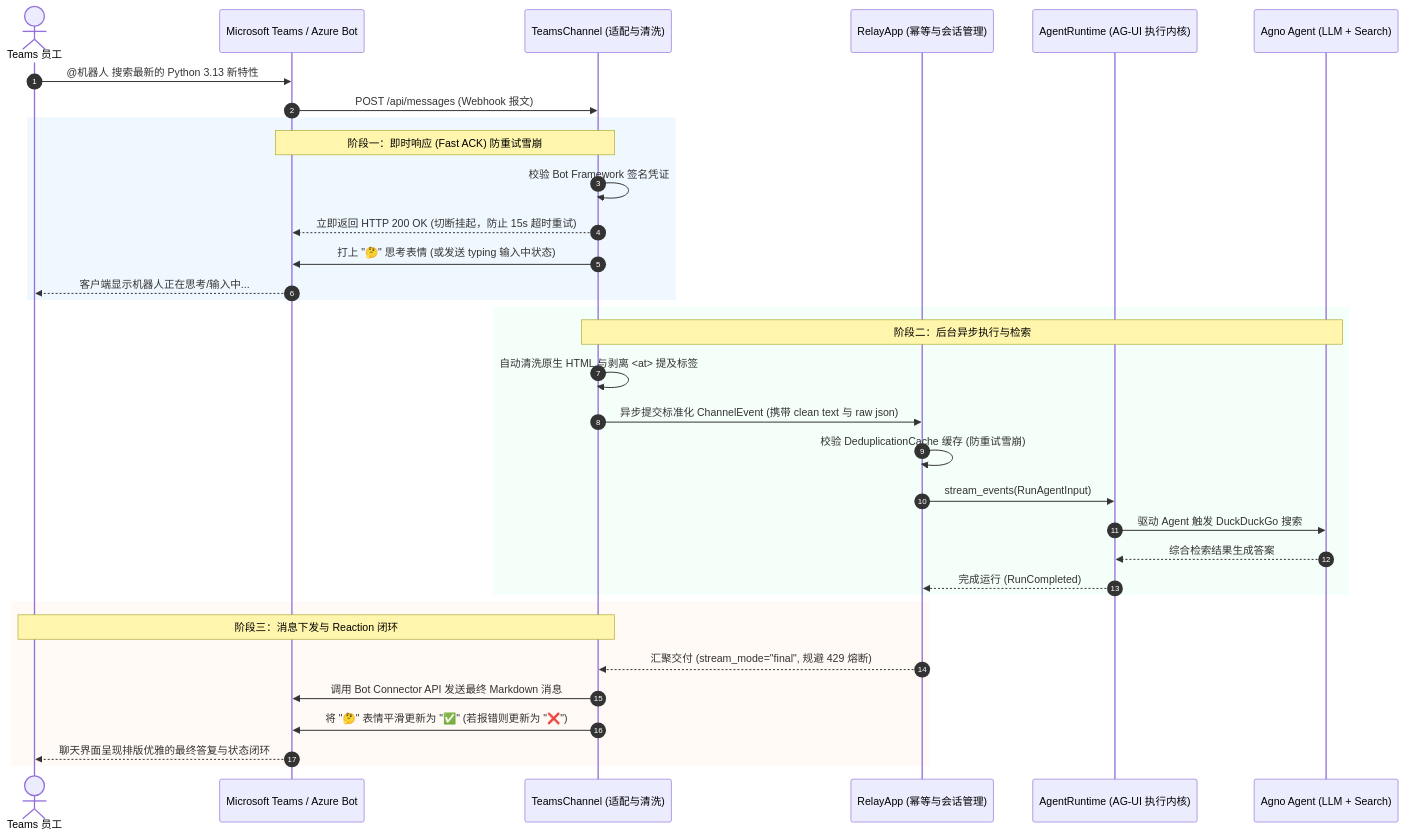
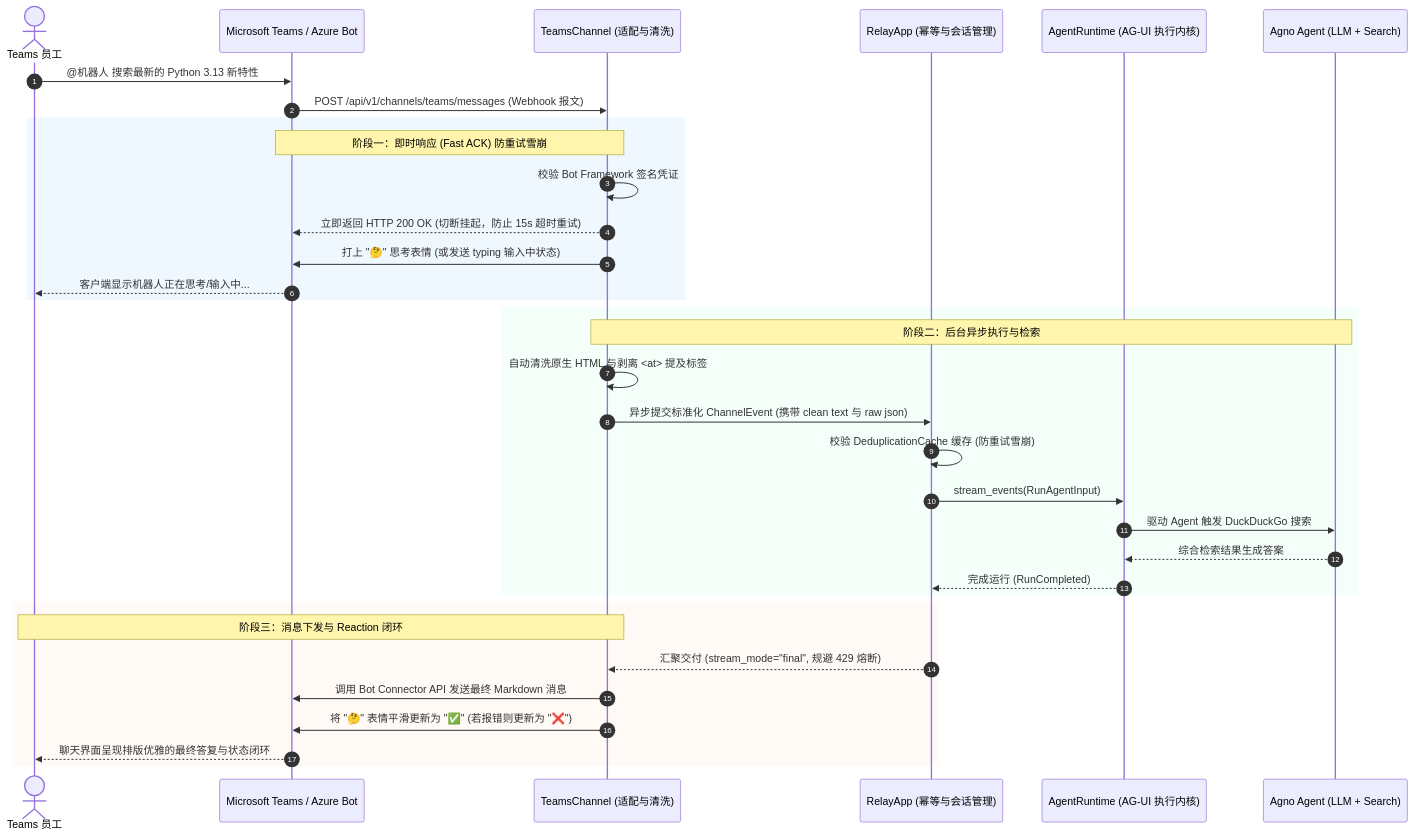
Before and after one commit to BrikerMan/agno-harness: the diagram in docs/zh/00-agent-cookbook/03-teams-bot-agent.md, drawn with Mermaid. The commit also changed other lines of this file and 103 other files, not shown here.

````diff
--- a/docs/zh/00-agent-cookbook/03-teams-bot-agent.md
+++ b/docs/zh/00-agent-cookbook/03-teams-bot-agent.md
@@ -40,40 +40,40 @@
 ```mermaid
 sequenceDiagram
     autonumber
     actor User as Teams 员工
     participant Azure as Microsoft Teams / Azure Bot
     participant Channel as TeamsChannel (适配与清洗)
     participant Relay as RelayApp (幂等与会话管理)
     participant Runtime as AgentRuntime (AG-UI 执行内核)
     participant LLM as Agno Agent (LLM + Search)
 
     User->>Azure: @机器人 搜索最新的 Python 3.13 新特性
-    Azure->>Channel: POST /api/messages (Webhook 报文)
+    Azure->>Channel: POST /api/v1/channels/teams/messages (Webhook 报文)
     
     rect rgb(240, 248, 255)
     Note over Azure,Channel: 阶段一：即时响应 (Fast ACK) 防重试雪崩
     Channel->>Channel: 校验 Bot Framework 签名凭证
     Channel-->>Azure: 立即返回 HTTP 200 OK (切断挂起，防止 15s 超时重试)
     Channel->>Azure: 打上 "🤔" 思考表情 (或发送 typing 输入中状态)
     Azure-->>User: 客户端显示机器人正在思考/输入中...
     end
 
     rect rgb(245, 255, 250)
     Note over Channel,LLM: 阶段二：后台异步执行与检索
     Channel->>Channel: 自动清洗原生 HTML 与剥离 <at> 提及标签
     Channel->>Relay: 异步提交标准化 ChannelEvent (携带 clean text 与 raw json)
     Relay->>Relay: 校验 DeduplicationCache 缓存 (防重试雪崩)
     Relay->>Runtime: stream_events(RunAgentInput)
     Runtime->>LLM: 驱动 Agent 触发 DuckDuckGo 搜索
     LLM-->>Runtime: 综合检索结果生成答案
     Runtime-->>Relay: 完成运行 (RunCompleted)
     end
 
     rect rgb(255, 250, 245)
     Note over Channel,User: 阶段三：消息下发与 Reaction 闭环
     Relay-->>Channel: 汇聚交付 (stream_mode="final", 规避 429 熔断)
     Channel->>Azure: 调用 Bot Connector API 发送最终 Markdown 消息
     Channel->>Azure: 将 "🤔" 表情平滑更新为 "✅" (若报错则更新为 "❌")
     Azure-->>User: 聊天界面呈现排版优雅的最终答复与状态闭环
     end
 ```
````
